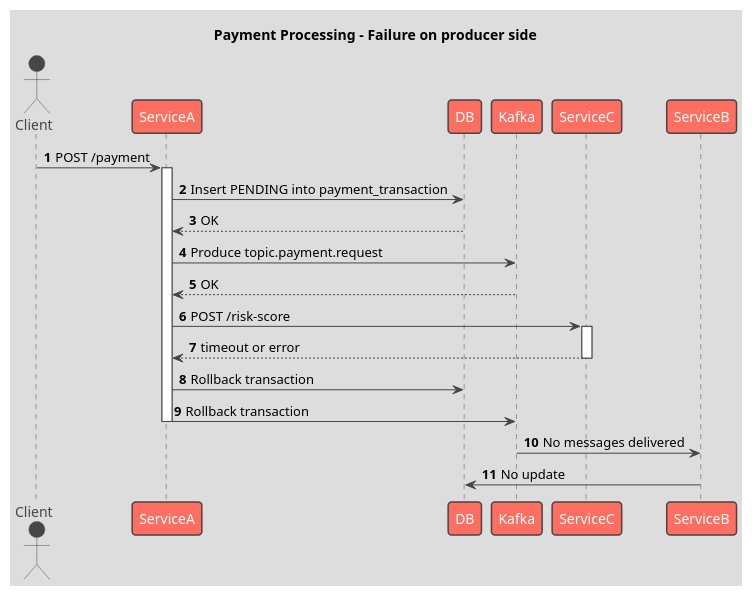
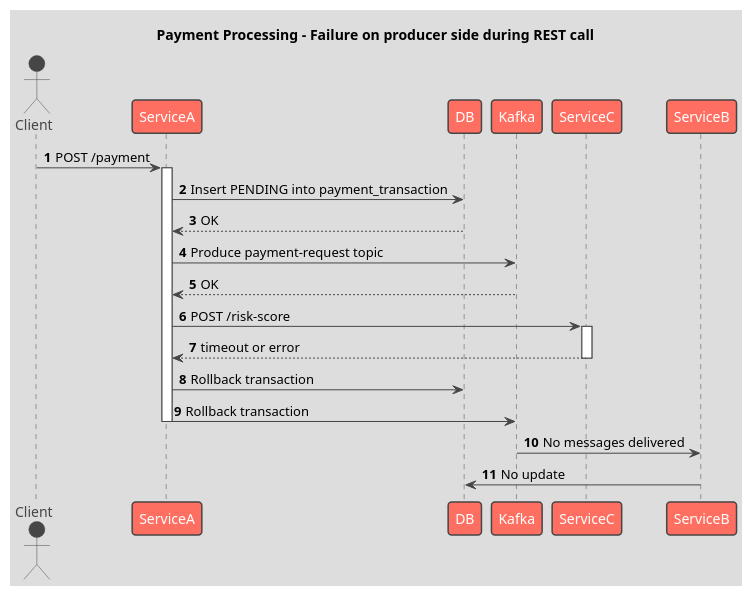
The diagram in library-service-producer/src/main/resources/sad-flow.plantuml (norulshahlam/spring-boot-kafka-tutorials), drawn with PlantUML before and after one commit. The commit also changed 2 other files, not shown here.

Commit message:
added 2nd topic

```diff
--- a/library-service-producer/src/main/resources/sad-flow.plantuml
+++ b/library-service-producer/src/main/resources/sad-flow.plantuml
@@ -1,28 +1,28 @@
 @startuml
 !theme toy
-title Payment Processing - Failure on producer side
+title Payment Processing - Failure on producer side during REST call
 autonumber
 actor Client
 
 Client -> ServiceA: POST /payment
 activate ServiceA
 
 ServiceA -> DB: Insert PENDING into payment_transaction
 DB --> ServiceA: OK
 
-ServiceA -> Kafka: Produce topic.payment.request
+ServiceA -> Kafka: Produce payment-request topic
 Kafka --> ServiceA: OK
 
 ServiceA -> ServiceC: POST /risk-score
 activate ServiceC
 ServiceC --> ServiceA: timeout or error
 deactivate ServiceC
 
 ServiceA -> DB: Rollback transaction
 ServiceA -> Kafka: Rollback transaction
 deactivate ServiceA
 
 Kafka -> ServiceB: No messages delivered
 ServiceB -> DB: No update
 
 @enduml
```
